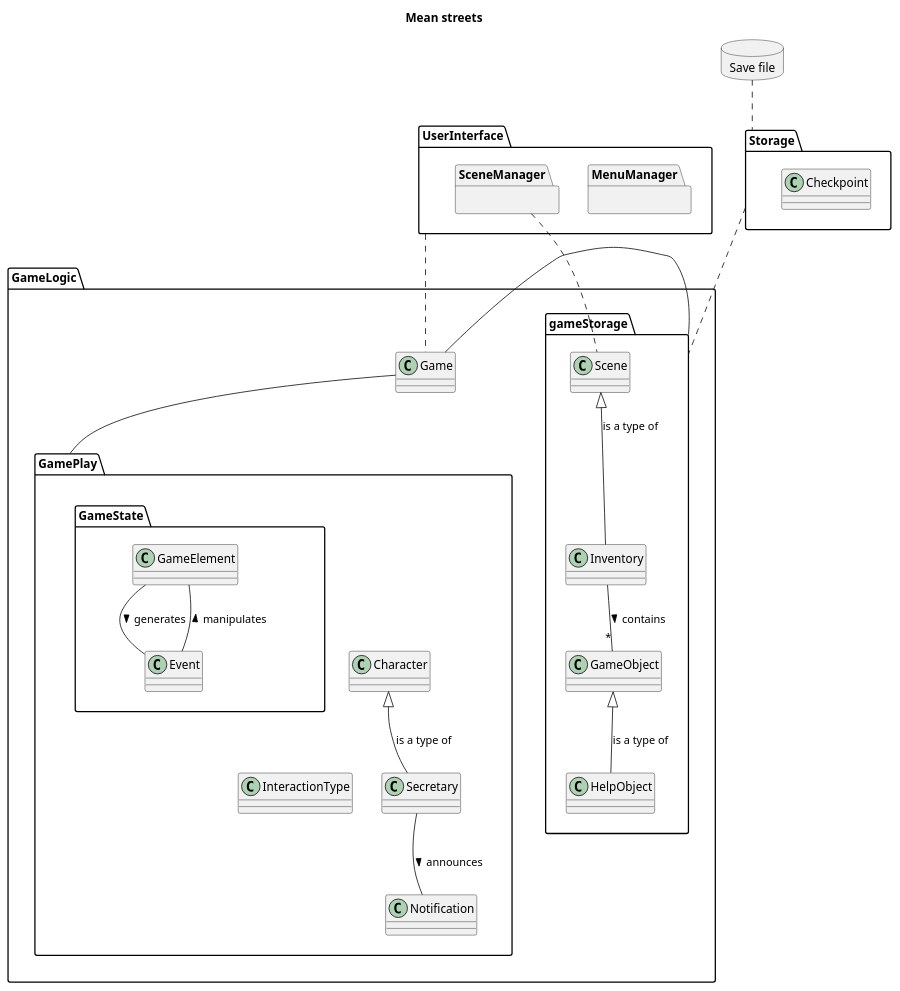
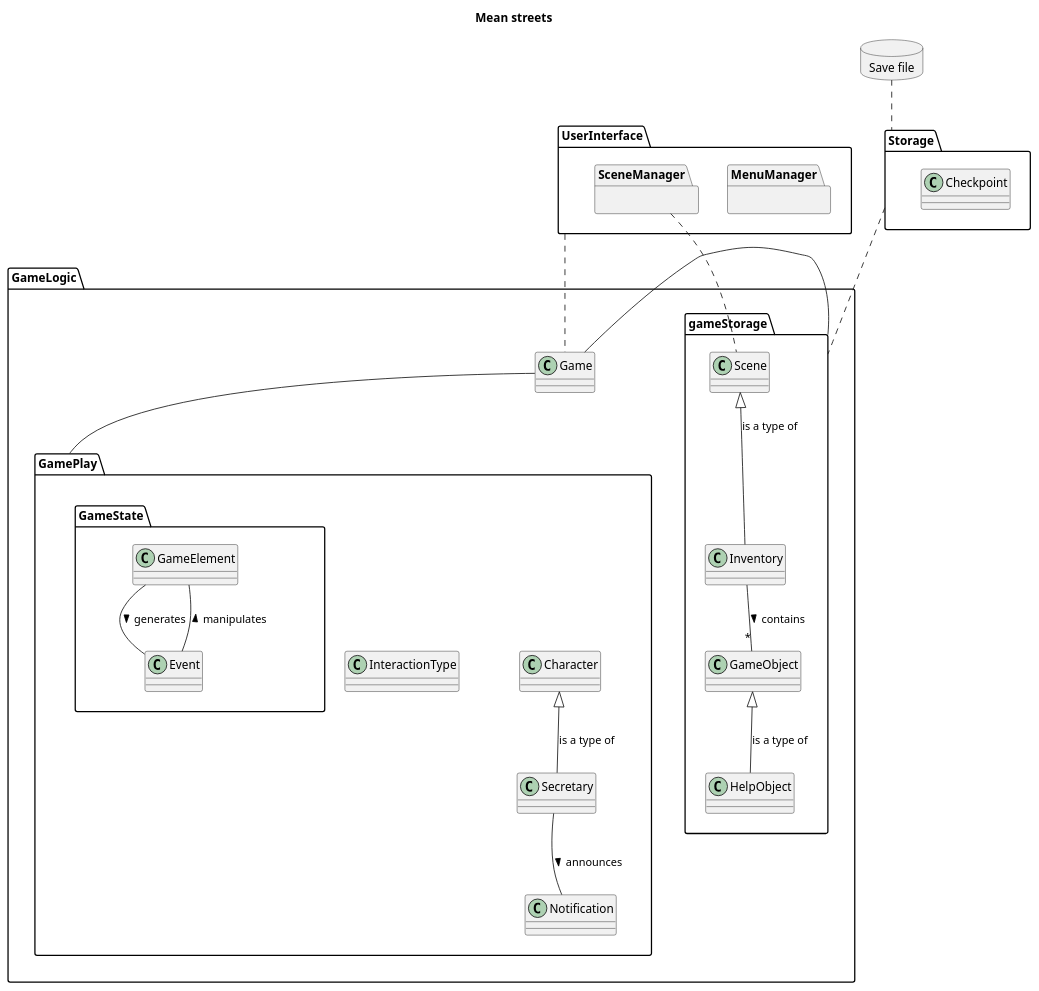
Before and after one commit to NoahHakansson/SE-PA1460: the diagram in architectDiagram.pu, drawn with PlantUML.

Commit message:
Changed and updated how the diagram looks

```diff
--- a/architectDiagram.pu
+++ b/architectDiagram.pu
@@ -1,62 +1,61 @@
 @startuml
 title Mean streets
 top to bottom direction
 database "Save file" {
 }
 package UserInterface {
     package MenuManager {}
     package SceneManager {}
 }
 
 package GameLogic {
     class Game
     package gameStorage {
         class Inventory
         class GameObject
         class HelpObject
         class Scene
     }
 
 
     package GamePlay {
         class InteractionType
         class Secretary
         class Character
         class Notification
         package GameState {
             class GameElement
             class Event
         }
     }
 }
 
 package Storage {
     class Checkpoint
 }
 
 "Save file".. Storage
 UserInterface .. Game
 SceneManager .. Scene
 
 Storage .. gameStorage
 
 InteractionType -[hidden]up- GameState
 Character -[hidden]up- GameState
 Secretary -[hidden]up- GameState
 Notification -[hidden]up- GameState
-InteractionType -[hidden]up- Character
 
 Game - gameStorage
 Game -- GamePlay
 
 Character <|-- Secretary : is a type of
 Scene <|-- Inventory : is a type of
 Inventory -- "*" GameObject : contains >
 
 Secretary -- Notification : announces >
 GameObject <|-- HelpObject : is a type of
 
 GameElement -- Event : generates >
 Event -- GameElement : manipulates >
 
 @enduml
```
